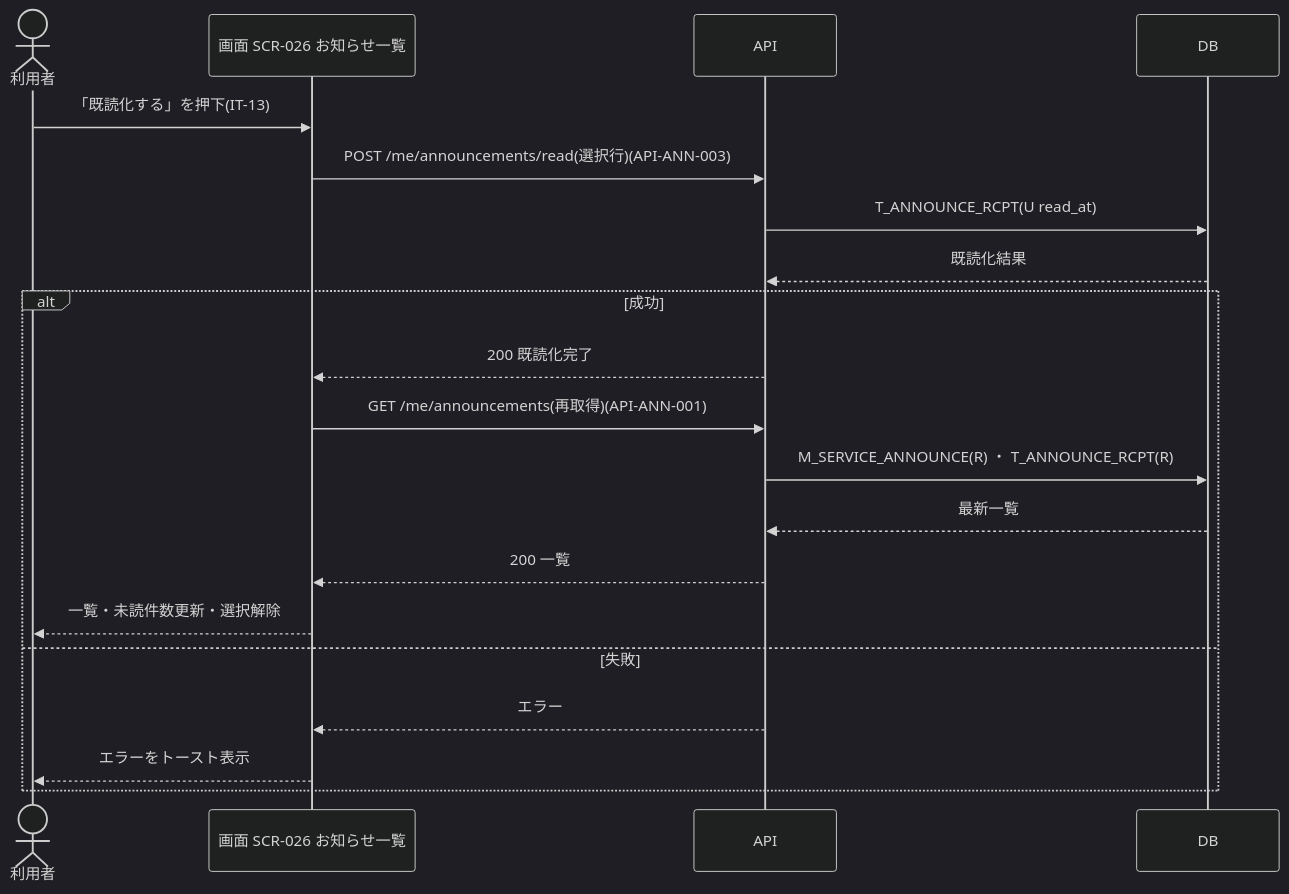
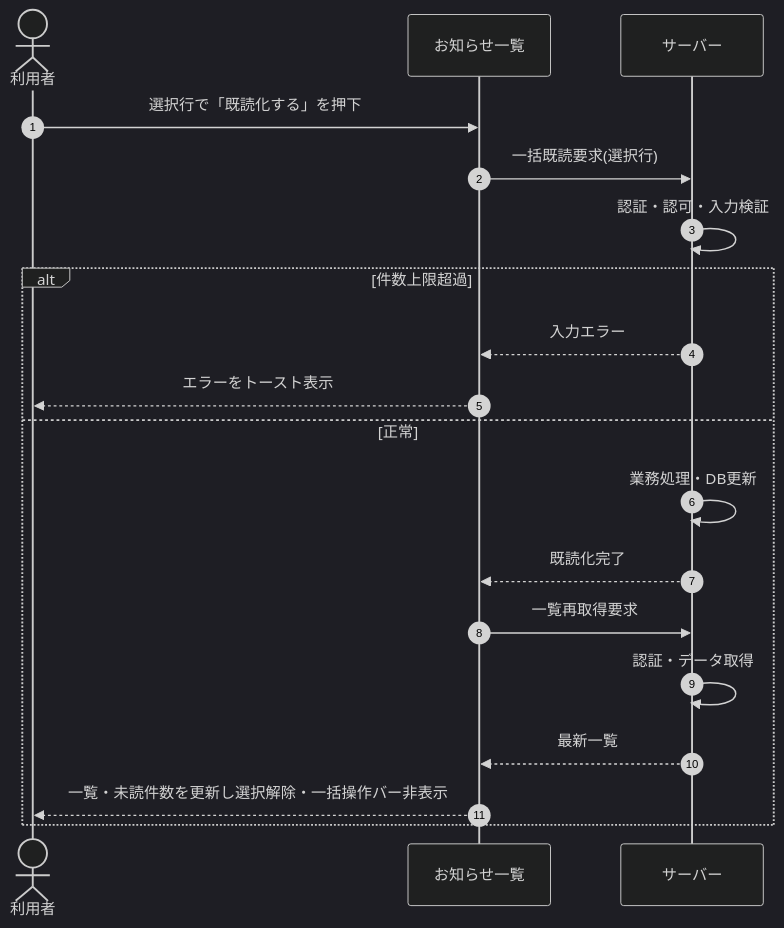
Before and after one commit to sikakou54/open-faq: the diagram in 02_basic_design/05_sequences/SEQ-059.md, drawn with Mermaid (dark theme). The commit also changed other lines of this file and 108 other files, not shown here.

First line of the commit message:
基本設計: シーケンス図を基本設計粒度(ユーザー/画面/サーバー)へ再編成

````diff
--- a/02_basic_design/05_sequences/SEQ-059.md
+++ b/02_basic_design/05_sequences/SEQ-059.md
@@ -25,22 +32,21 @@
 ```mermaid
 sequenceDiagram
+  autonumber
   actor U as 利用者
-  participant S as 画面 SCR-026 お知らせ一覧
-  participant API as API
-  participant DB as DB
-  U->>S: 「既読化する」を押下(IT-13)
-  S->>API: POST /me/announcements/read(選択行)(API-ANN-003)
-  API->>DB: T_ANNOUNCE_RCPT(U read_at)
-  DB-->>API: 既読化結果
-  alt 成功
-    API-->>S: 200 既読化完了
-    S->>API: GET /me/announcements(再取得)(API-ANN-001)
-    API->>DB: M_SERVICE_ANNOUNCE(R) ・ T_ANNOUNCE_RCPT(R)
-    DB-->>API: 最新一覧
-    API-->>S: 200 一覧
-    S-->>U: 一覧・未読件数更新・選択解除
-  else 失敗
-    API-->>S: エラー
-    S-->>U: エラーをトースト表示
+  participant Screen as お知らせ一覧
+  participant Server as サーバー
+  U->>Screen: 選択行で「既読化する」を押下
+  Screen->>Server: 一括既読要求(選択行)
+  Server->>Server: 認証・認可・入力検証
+  alt 件数上限超過
+    Server-->>Screen: 入力エラー
+    Screen-->>U: エラーをトースト表示
+  else 正常
+    Server->>Server: 業務処理・DB更新
+    Server-->>Screen: 既読化完了
+    Screen->>Server: 一覧再取得要求
+    Server->>Server: 認証・データ取得
+    Server-->>Screen: 最新一覧
+    Screen-->>U: 一覧・未読件数を更新し選択解除・一括操作バー非表示
   end
 ```
````
